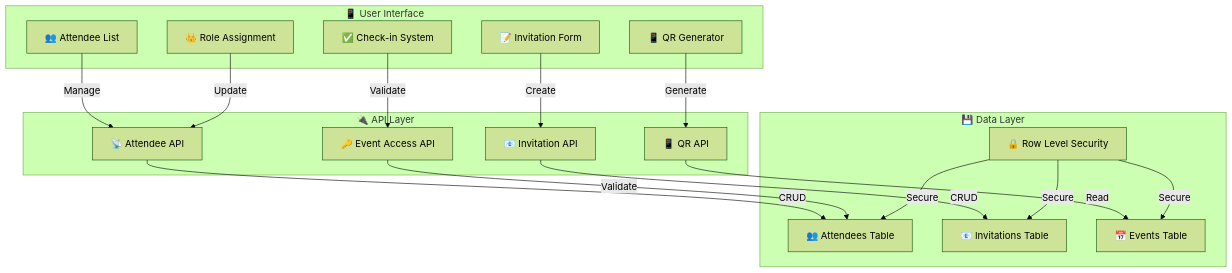
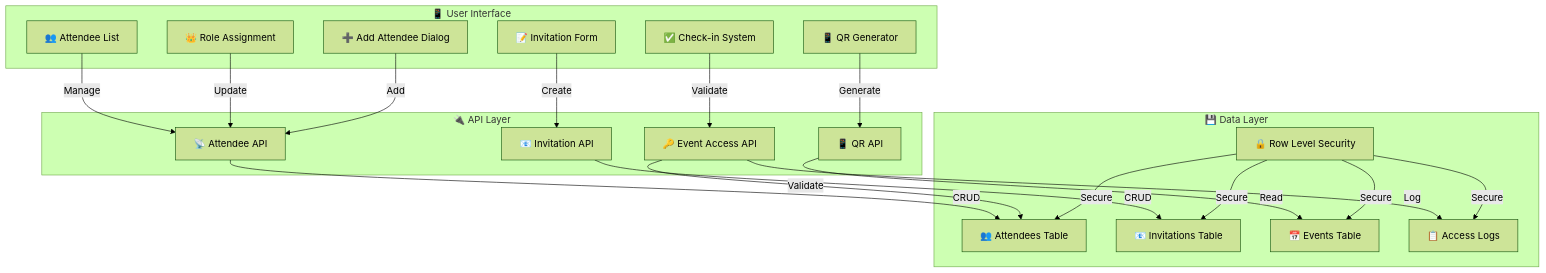
The eighth of 11 diagrams in docs/architecture/system_architecture_flowchart.md (mrj0nesmtl/cloud-burst), drawn with Mermaid (forest theme) before and after one commit. The commit also changed other lines of this file and 92 other files, not shown here.

````diff
--- a/docs/architecture/system_architecture_flowchart.md
+++ b/docs/architecture/system_architecture_flowchart.md
@@ -274,39 +412,44 @@
 ```mermaid
 flowchart TD
     subgraph UI[📱 User Interface]
         InvitationForm[📝 Invitation Form]
         AttendeeList[👥 Attendee List]
         RoleAssignment[👑 Role Assignment]
         QRGenerator[📱 QR Generator]
         CheckIn[✅ Check-in System]
+        AddAttendeeDialog[➕ Add Attendee Dialog]
     end
 
     subgraph API[🔌 API Layer]
         AttendeeAPI[📡 Attendee API]
         InvitationAPI[📧 Invitation API]
         QrAPI[📱 QR API]
         EventAccessAPI[🔑 Event Access API]
     end
 
     subgraph Data[💾 Data Layer]
         AttendeesDB[👥 Attendees Table]
         InvitationsDB[📧 Invitations Table]
         EventsDB[📅 Events Table]
+        AccessLogsDB[📋 Access Logs]
         RLS[🔒 Row Level Security]
     end
 
     InvitationForm -->|Create| InvitationAPI
     AttendeeList -->|Manage| AttendeeAPI
     RoleAssignment -->|Update| AttendeeAPI
     QRGenerator -->|Generate| QrAPI
     CheckIn -->|Validate| EventAccessAPI
+    AddAttendeeDialog -->|Add| AttendeeAPI
     
     InvitationAPI -->|CRUD| InvitationsDB
     AttendeeAPI -->|CRUD| AttendeesDB
     QrAPI -->|Read| EventsDB
     EventAccessAPI -->|Validate| AttendeesDB
+    EventAccessAPI -->|Log| AccessLogsDB
     
     RLS -->|Secure| AttendeesDB
     RLS -->|Secure| InvitationsDB
     RLS -->|Secure| EventsDB
+    RLS -->|Secure| AccessLogsDB
 ```
````
